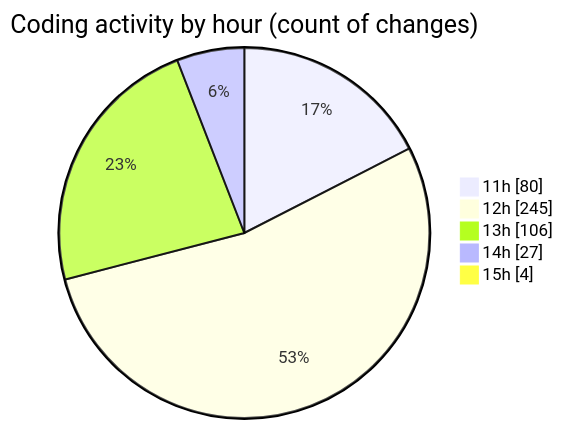
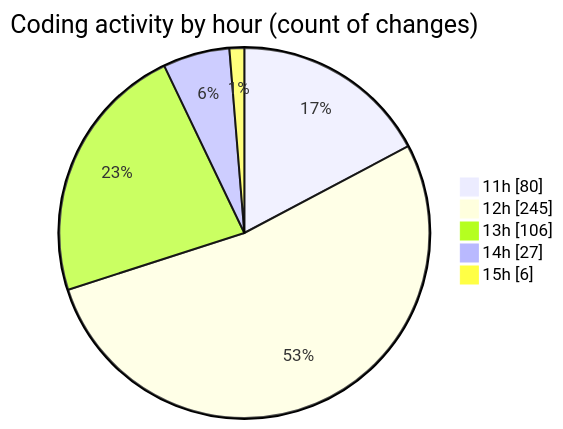
One commit to nxtqubesakshisongat/code-tracking changed the second of 2 diagrams in 2025-04-19/nxtqube_webapp/README.md. Above: the diagram before and after it, drawn with Mermaid. The commit also changed other lines of this file and 1 other file, not shown here.

````diff
--- a/2025-04-19/nxtqube_webapp/README.md
+++ b/2025-04-19/nxtqube_webapp/README.md
@@ -54,9 +55,9 @@
 ```mermaid
 pie showData
 title Coding activity by hour (count of changes)
 "11h" : 80
 "12h" : 245
 "13h" : 106
 "14h" : 27
-"15h" : 4
+"15h" : 6
 ```
````
